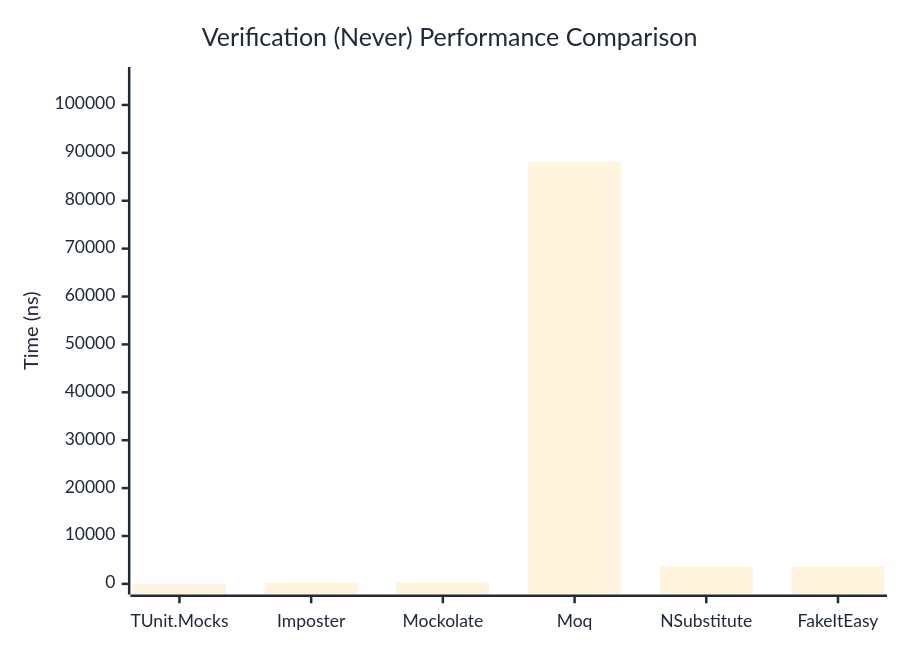
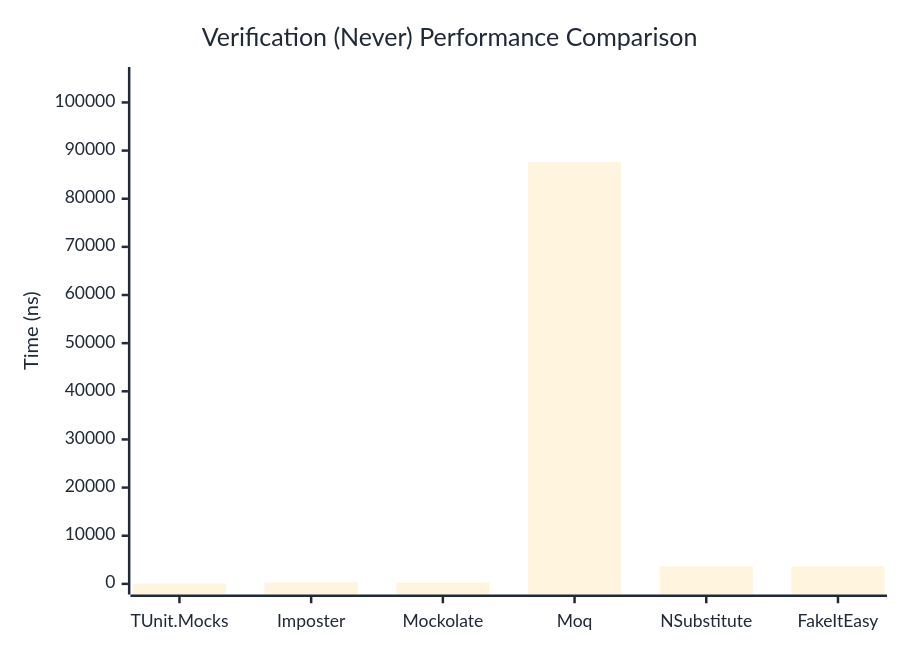
The second of 3 diagrams in docs/docs/benchmarks/mocks/Verification.md (weiyilai/TUnit), drawn with Mermaid before and after one commit. The commit also changed other lines of this file and 14 other files, not shown here.

````diff
--- a/docs/docs/benchmarks/mocks/Verification.md
+++ b/docs/docs/benchmarks/mocks/Verification.md
@@ -69,27 +69,27 @@
 ```mermaid
 %%{init: {
   'theme':'base',
   'themeVariables': {
     'primaryColor': '#2563eb',
     'primaryTextColor': '#1f2937',
     'primaryBorderColor': '#1e40af',
     'lineColor': '#6b7280',
     'secondaryColor': '#7c3aed',
     'tertiaryColor': '#dc2626',
     'background': '#ffffff',
     'pie1': '#2563eb',
     'pie2': '#7c3aed',
     'pie3': '#dc2626',
     'pie4': '#f59e0b',
     'pie5': '#10b981',
     'pie6': '#06b6d4',
     'pie7': '#ec4899',
     'pie8': '#6366f1'
   }
 }}%%
 xychart-beta
   title "Verification (Never) Performance Comparison"
   x-axis ["TUnit.Mocks", "Imposter", "Mockolate", "Moq", "NSubstitute", "FakeItEasy"]
-  y-axis "Time (ns)" 0 --> 105709
-  bar [48.04, 306.63, 301.35, 88090.19, 3665.58, 3615.1]
+  y-axis "Time (ns)" 0 --> 105154
+  bar [49.76, 318, 299.38, 87628.08, 3635.33, 3674.48]
 ```
````
